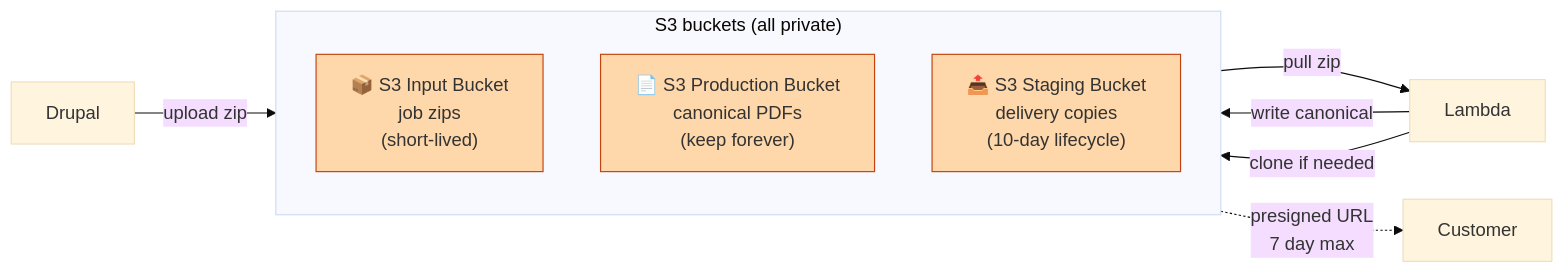
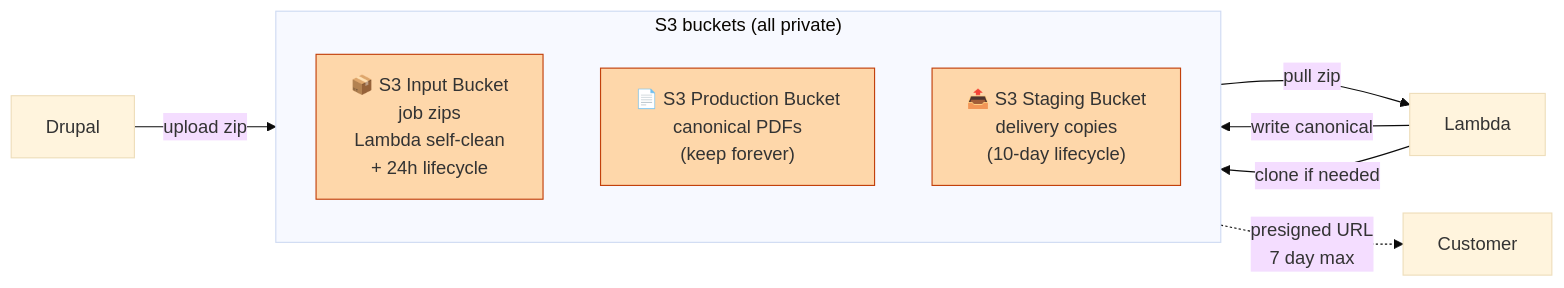
One commit to worx/cf-scalable-web changed the third of 4 diagrams in docs/plans/latex-on-lambda-2026-08-13-meeting-summary.md. Above: the diagram before and after it, drawn with Mermaid (base theme). The commit also changed other lines of this file and 5 other files, not shown here.

First line of the commit message:
docs(plans): add Drupal config + presigned URL + input bucket lifecycle sections

````diff
--- a/docs/plans/latex-on-lambda-2026-08-13-meeting-summary.md
+++ b/docs/plans/latex-on-lambda-2026-08-13-meeting-summary.md
@@ -143,23 +143,23 @@
 ```mermaid
 flowchart LR
     D[Drupal]
     L[Lambda]
     C[Customer]
 
     subgraph Buckets["S3 buckets (all private)"]
         direction TB
-        SI["📦 S3 Input Bucket<br/>job zips<br/>(short-lived)"]
+        SI["📦 S3 Input Bucket<br/>job zips<br/>Lambda self-clean<br/>+ 24h lifecycle"]
         SP["📄 S3 Production Bucket<br/>canonical PDFs<br/>(keep forever)"]
         SS["📤 S3 Staging Bucket<br/>delivery copies<br/>(10-day lifecycle)"]
     end
 
     D -- upload zip --> SI
     SI -- pull zip --> L
     L -- write canonical --> SP
     L -- clone if needed --> SS
     SS -. presigned URL<br/>7 day max .-> C
 
     style SI fill:#fed7aa,stroke:#c2410c
     style SP fill:#fed7aa,stroke:#c2410c
     style SS fill:#fed7aa,stroke:#c2410c
 ```
````
